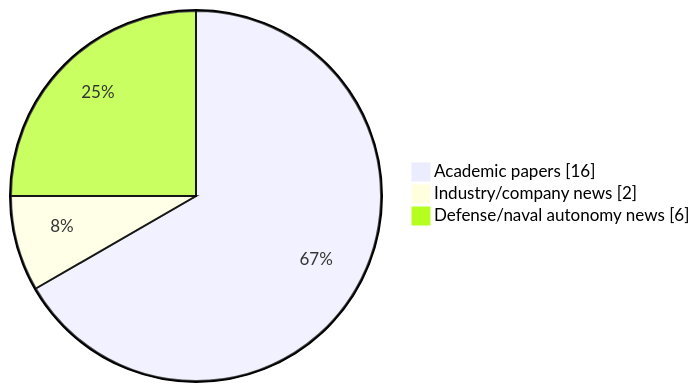
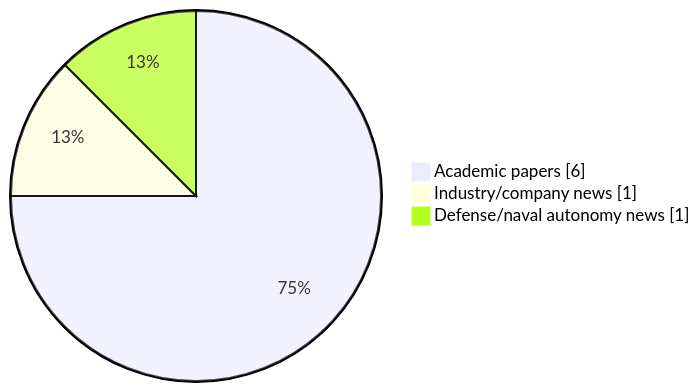
One commit to ferhannb/MarineRobotics changed the diagram in reports/daily/2026-05-09.md. Above: the diagram before and after it, drawn with Mermaid. The commit also changed other lines of this file and 5 other files, not shown here.

````diff
--- a/reports/daily/2026-05-09.md
+++ b/reports/daily/2026-05-09.md
@@ -24,6 +24,6 @@
 ```mermaid
 pie showData
-    "Academic papers" : 16
-    "Industry/company news" : 2
-    "Defense/naval autonomy news" : 6
+    "Academic papers" : 6
+    "Industry/company news" : 1
+    "Defense/naval autonomy news" : 1
 ```
````
